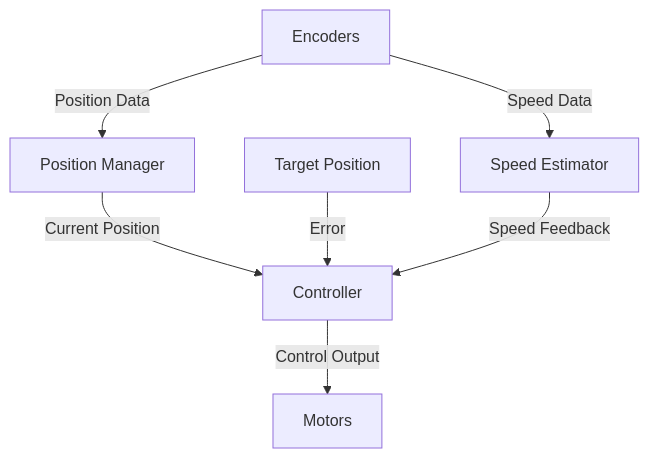
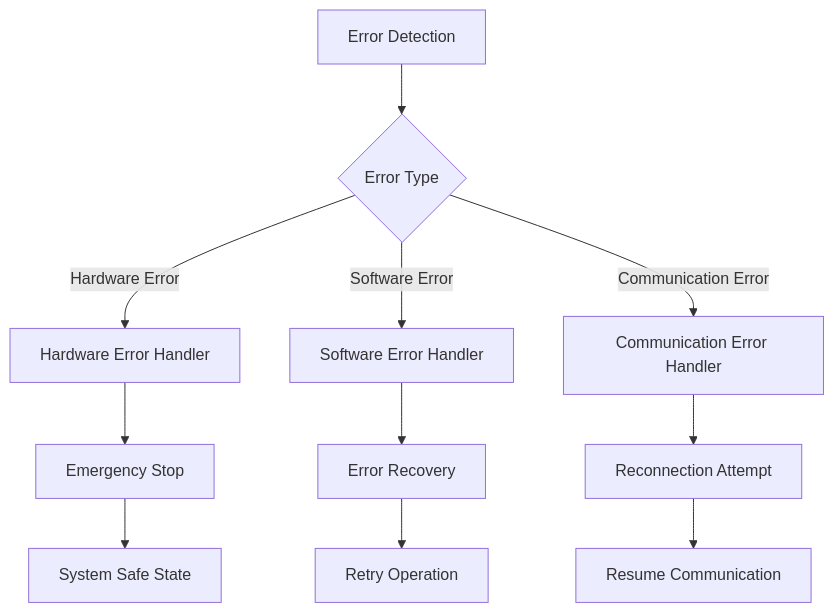
Diagram 16 of 20 in ARCHITECTURE.md (FogozIV/PAMITeensy), drawn with Mermaid before and after one commit. The commit also changed other lines of this file, not shown here.

Commit message:
Architecture update

````diff
--- a/ARCHITECTURE.md
+++ b/ARCHITECTURE.md
@@ -290,9 +539,15 @@
 ```mermaid
 graph TD
-    A[Encoders] -->|Position Data| B[Position Manager]
-    B -->|Current Position| C[Controller]
-    D[Target Position] -->|Error| C
-    C -->|Control Output| E[Motors]
-    F[Speed Estimator] -->|Speed Feedback| C
-    A -->|Speed Data| F
+    A[Error Detection] --> B{Error Type}
+    B -->|Hardware Error| C[Hardware Error Handler]
+    B -->|Software Error| D[Software Error Handler]
+    B -->|Communication Error| E[Communication Error Handler]
+    
+    C --> F[Emergency Stop]
+    D --> G[Error Recovery]
+    E --> H[Reconnection Attempt]
+    
+    F --> I[System Safe State]
+    G --> J[Retry Operation]
+    H --> K[Resume Communication]
 ```
````
